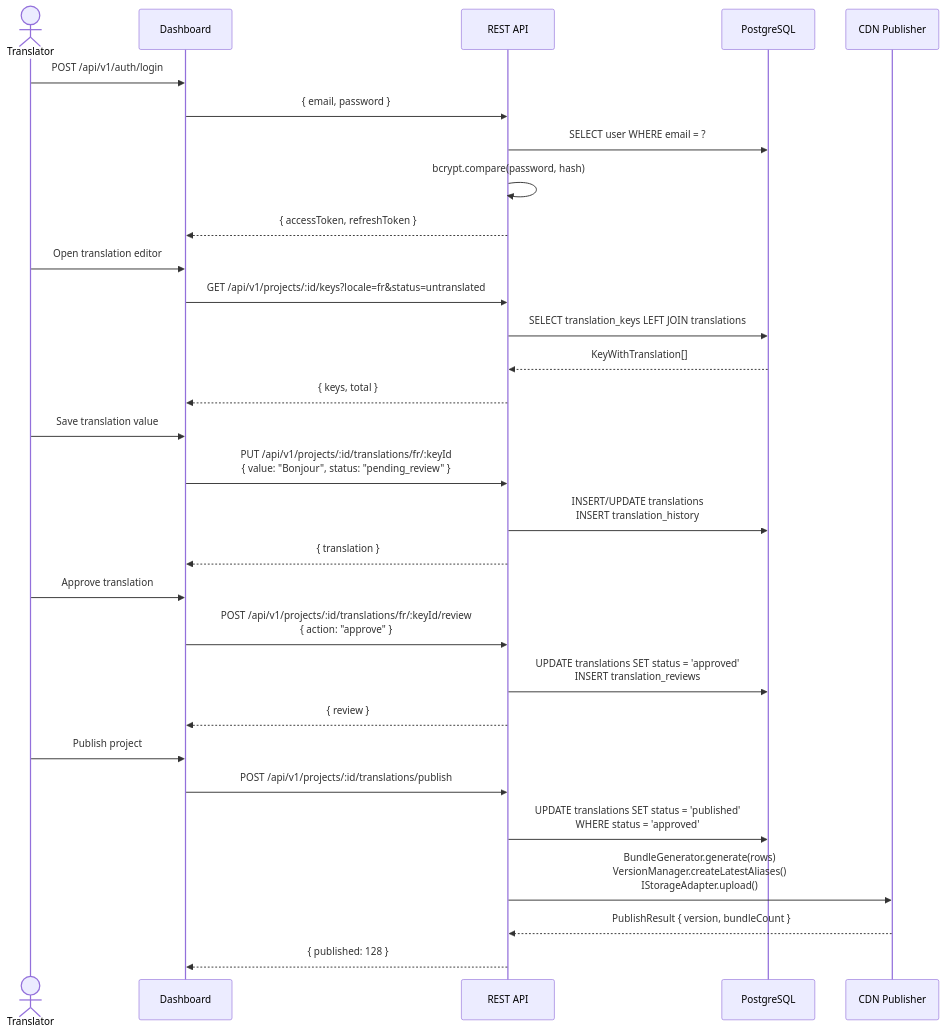
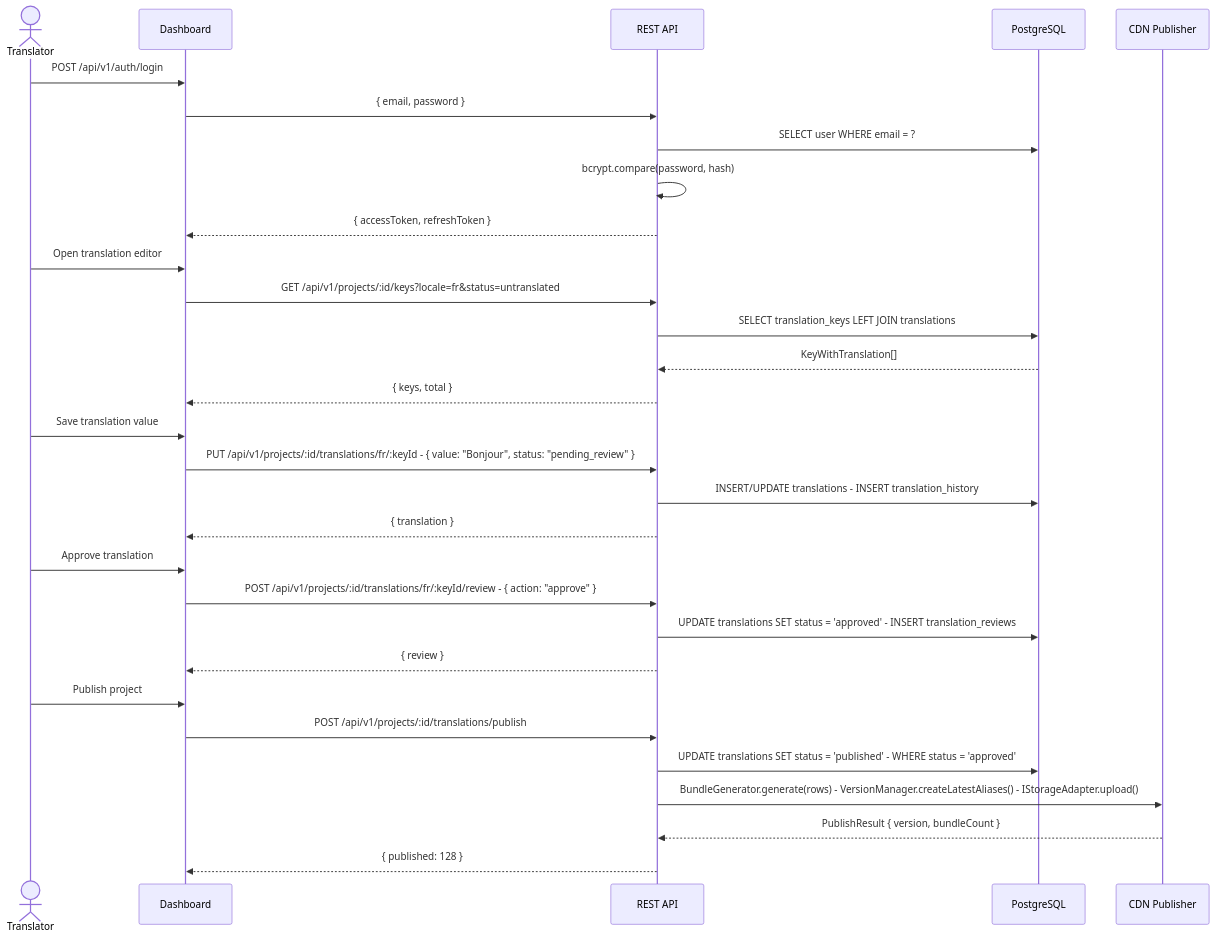
The third of 4 diagrams in docs/HLD.md (ayush-jadaun/i18n), drawn with Mermaid before and after one commit. The commit also changed other lines of this file and 1 other file, not shown here.

Commit message:
fix: repair Mermaid diagrams in HLD and LLD for GitHub rendering

````diff
--- a/docs/HLD.md
+++ b/docs/HLD.md
@@ -197,37 +197,37 @@
 ```mermaid
 sequenceDiagram
     actor TR as Translator
     participant DASH as Dashboard
     participant API as REST API
     participant DB as PostgreSQL
     participant CDN as CDN Publisher
 
     TR->>DASH: POST /api/v1/auth/login
     DASH->>API: { email, password }
     API->>DB: SELECT user WHERE email = ?
     API->>API: bcrypt.compare(password, hash)
     API-->>DASH: { accessToken, refreshToken }
 
     TR->>DASH: Open translation editor
     DASH->>API: GET /api/v1/projects/:id/keys?locale=fr&status=untranslated
     API->>DB: SELECT translation_keys LEFT JOIN translations
     DB-->>API: KeyWithTranslation[]
     API-->>DASH: { keys, total }
 
     TR->>DASH: Save translation value
-    DASH->>API: PUT /api/v1/projects/:id/translations/fr/:keyId<br/>{ value: "Bonjour", status: "pending_review" }
-    API->>DB: INSERT/UPDATE translations<br/>INSERT translation_history
+    DASH->>API: PUT /api/v1/projects/:id/translations/fr/:keyId - { value: "Bonjour", status: "pending_review" }
+    API->>DB: INSERT/UPDATE translations - INSERT translation_history
     API-->>DASH: { translation }
 
     TR->>DASH: Approve translation
-    DASH->>API: POST /api/v1/projects/:id/translations/fr/:keyId/review<br/>{ action: "approve" }
-    API->>DB: UPDATE translations SET status = 'approved'<br/>INSERT translation_reviews
+    DASH->>API: POST /api/v1/projects/:id/translations/fr/:keyId/review - { action: "approve" }
+    API->>DB: UPDATE translations SET status = 'approved' - INSERT translation_reviews
     API-->>DASH: { review }
 
     TR->>DASH: Publish project
     DASH->>API: POST /api/v1/projects/:id/translations/publish
-    API->>DB: UPDATE translations SET status = 'published'<br/>WHERE status = 'approved'
-    API->>CDN: BundleGenerator.generate(rows)<br/>VersionManager.createLatestAliases()<br/>IStorageAdapter.upload()
+    API->>DB: UPDATE translations SET status = 'published' - WHERE status = 'approved'
+    API->>CDN: BundleGenerator.generate(rows) - VersionManager.createLatestAliases() - IStorageAdapter.upload()
     CDN-->>API: PublishResult { version, bundleCount }
     API-->>DASH: { published: 128 }
 ```
````
